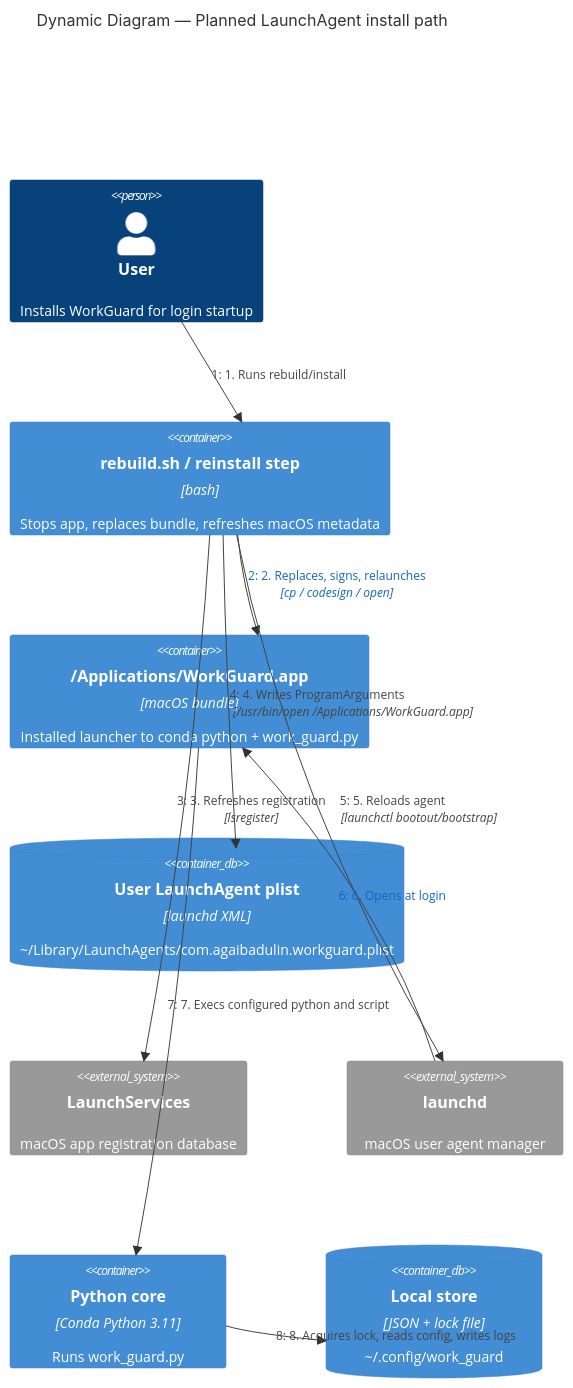
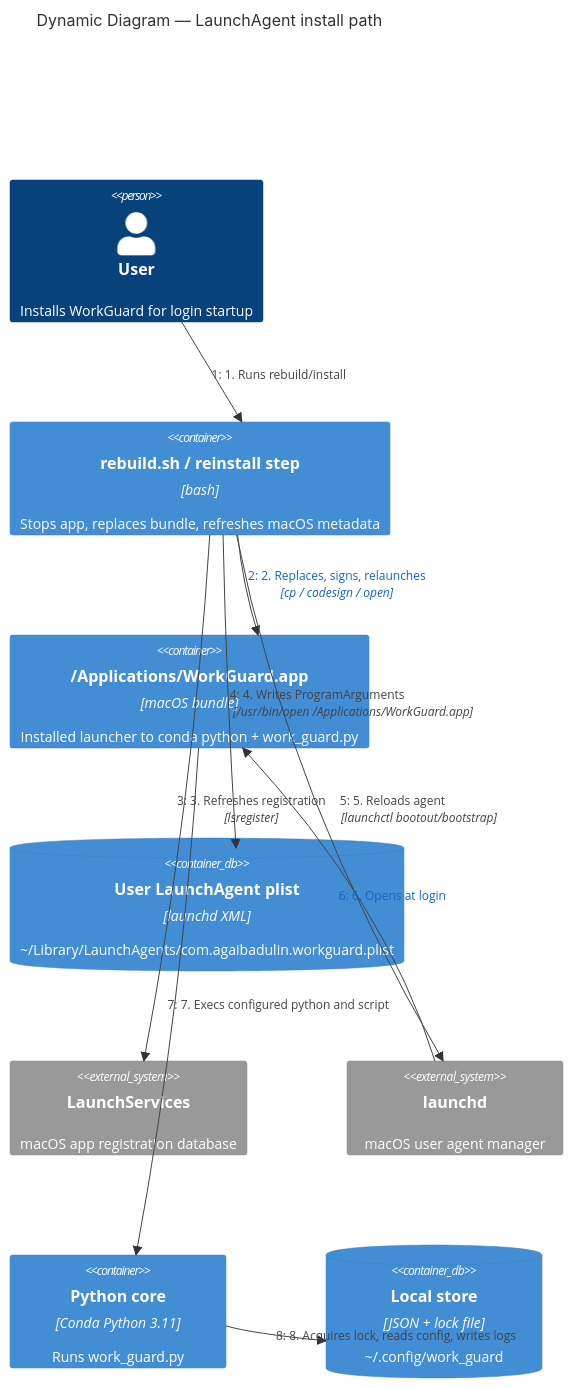
One commit to funkykesha/vibe changed the diagram in work_guard/docs/architecture/c4-dynamic-launchagent-install.md. Above: the diagram before and after it, drawn with Mermaid. The commit also changed other lines of this file and 8 other files, not shown here.

Commit message:
docs: actualize workguard backlog and architecture

````diff
--- a/work_guard/docs/architecture/c4-dynamic-launchagent-install.md
+++ b/work_guard/docs/architecture/c4-dynamic-launchagent-install.md
@@ -9,25 +14,25 @@
 ```mermaid
 C4Dynamic
-  title Dynamic Diagram — Planned LaunchAgent install path
+  title Dynamic Diagram — LaunchAgent install path
 
   Person(user, "User", "Installs WorkGuard for login startup")
   Container(setup, "rebuild.sh / reinstall step", "bash", "Stops app, replaces bundle, refreshes macOS metadata")
   Container(app, "/Applications/WorkGuard.app", "macOS bundle", "Installed launcher to conda python + work_guard.py")
   ContainerDb(plist, "User LaunchAgent plist", "launchd XML", "~/Library/LaunchAgents/com.agaibadulin.workguard.plist")
   System_Ext(ls, "LaunchServices", "macOS app registration database")
   System_Ext(launchd, "launchd", "macOS user agent manager")
   Container(py, "Python core", "Conda Python 3.11", "Runs work_guard.py")
   ContainerDb(store, "Local store", "JSON + lock file", "~/.config/work_guard")
 
   Rel(user, setup, "1. Runs rebuild/install")
   Rel(setup, app, "2. Replaces, signs, relaunches", "cp / codesign / open")
   Rel(setup, ls, "3. Refreshes registration", "lsregister")
   Rel(setup, plist, "4. Writes ProgramArguments", "/usr/bin/open /Applications/WorkGuard.app")
   Rel(setup, launchd, "5. Reloads agent", "launchctl bootout/bootstrap")
   Rel(launchd, app, "6. Opens at login")
   Rel(app, py, "7. Execs configured python and script")
   Rel(py, store, "8. Acquires lock, reads config, writes logs")
 
   UpdateRelStyle(setup, app, $textColor="#1565c0", $offsetY="-12")
   UpdateRelStyle(launchd, app, $textColor="#1565c0", $offsetY="-12")
 ```
````
